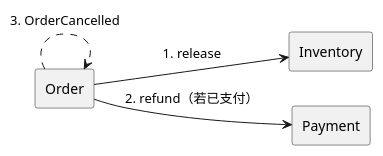
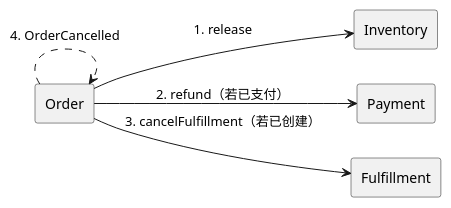
The second of 2 diagrams in docs/bounded-contexts/order/event-flow.md (mianhe/HMall), drawn with PlantUML before and after one commit. The commit also changed other lines of this file and 12 other files, not shown here.

````diff
--- a/docs/bounded-contexts/order/event-flow.md
+++ b/docs/bounded-contexts/order/event-flow.md
@@ -66,12 +67,14 @@
 ```plantuml
 @startuml order-cancel
 skinparam componentStyle rectangle
 left to right direction
 component "Order" as Order
 component "Inventory" as Inventory
 component "Payment" as Payment
+component "Fulfillment" as Fulfillment
 Order --> Inventory : 1. release
 Order --> Payment : 2. refund（若已支付）
-Order ..> Order : 3. OrderCancelled
+Order --> Fulfillment : 3. cancelFulfillment（若已创建）
+Order ..> Order : 4. OrderCancelled
 @enduml
 ```
````
